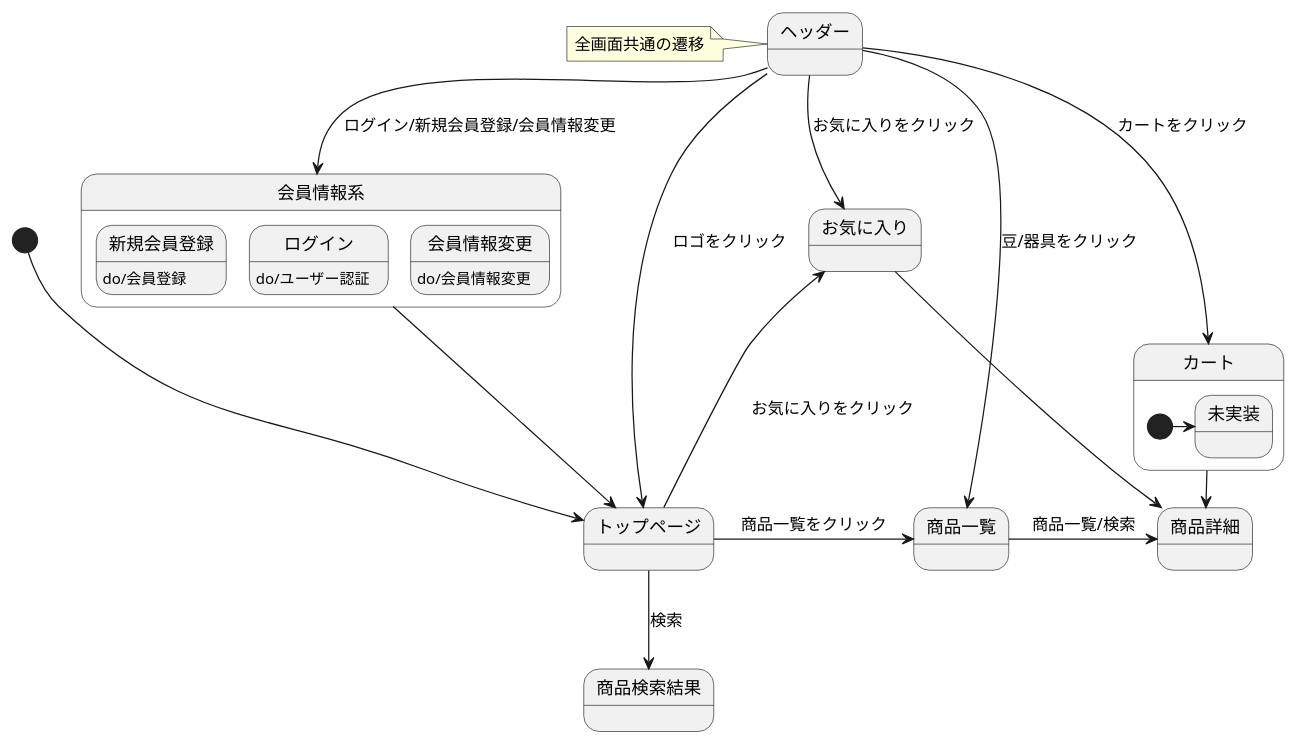
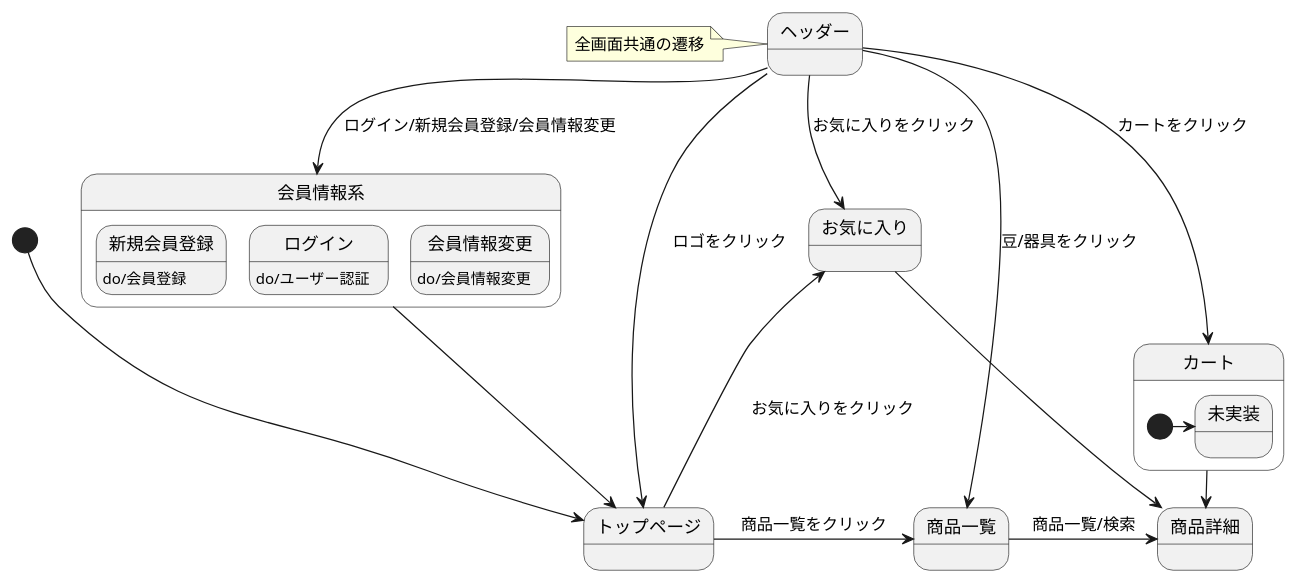
One commit to Aso2101122/coffeeEC changed the diagram in 03_画面遷移図/stm_03.md. Above: the diagram before and after it, drawn with PlantUML.

````diff
--- a/03_画面遷移図/stm_03.md
+++ b/03_画面遷移図/stm_03.md
@@ -2,33 +2,32 @@
 ```uml
 @startuml
 [*]-down->トップページ
-トップページ-->商品検索結果: 検索
 トップページ-right->商品一覧: 商品一覧をクリック
 商品一覧->商品詳細: 商品一覧/検索
 トップページ--up>お気に入り: お気に入りをクリック
 お気に入り-down->商品詳細
 カート->商品詳細: 商品をクリック
 
 state ヘッダー{
 }
 note left of ヘッダー: 全画面共通の遷移
 
 
 ヘッダー-down->トップページ: ロゴをクリック
 ヘッダー-down->商品一覧: 豆/器具をクリック
 ヘッダー-down->会員情報系: ログイン/新規会員登録/会員情報変更
 ヘッダー-down->お気に入り: お気に入りをクリック
 ヘッダー-down->カート: カートをクリック
 
 state 会員情報系{
 新規会員登録 : do/会員登録
 ログイン : do/ユーザー認証
 会員情報変更 : do/会員情報変更
 }
 会員情報系-down->トップページ
 
 state カート{
 [*]-right->未実装
 }
 @enduml
 ```
````
